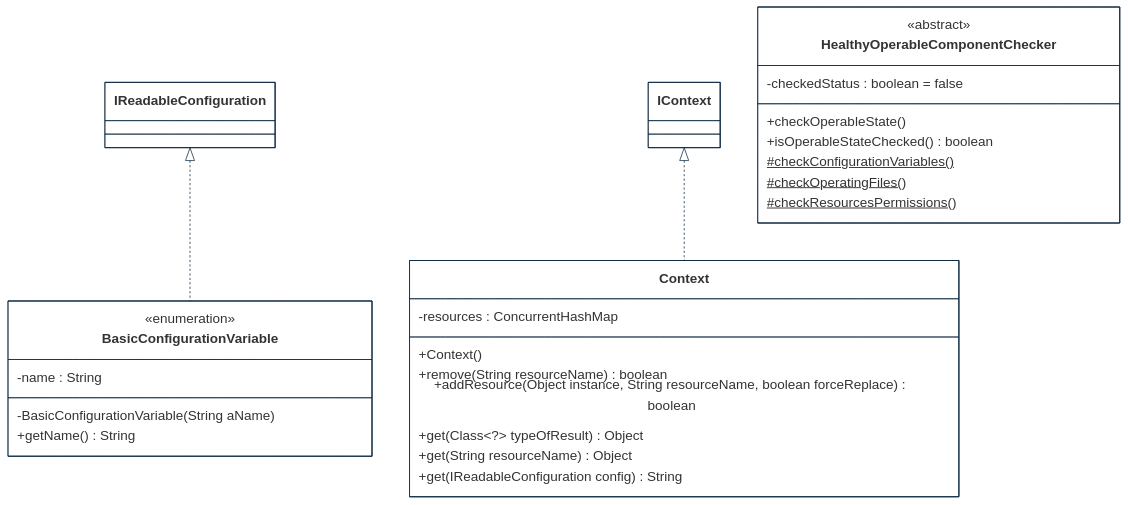
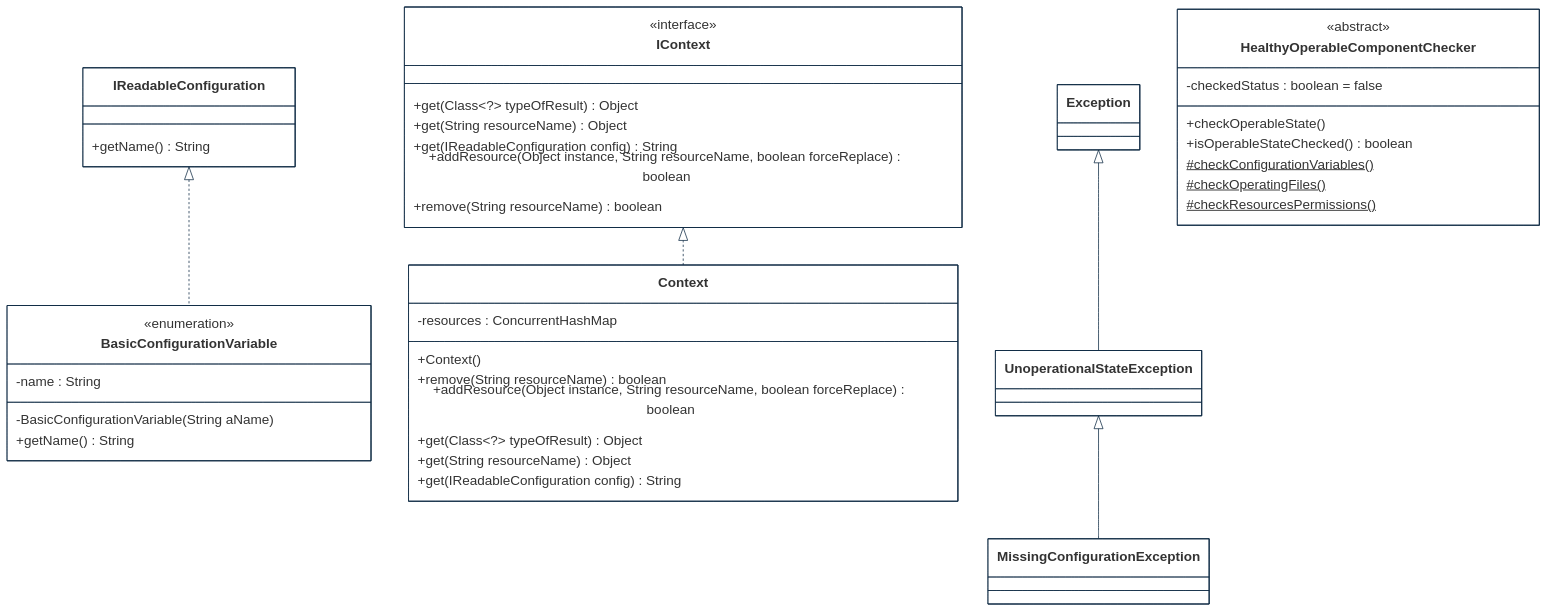
The diagram in implementations-line/framework/immutable/designview-structure-models.md (cybnity/foundation), drawn with Mermaid before and after one commit. The commit also changed other lines of this file, not shown here.

````diff
--- a/implementations-line/framework/immutable/designview-structure-models.md
+++ b/implementations-line/framework/immutable/designview-structure-models.md
@@ -21,47 +26,60 @@
 ```mermaid
 %%{
   init: {
     'theme': 'base',
     'themeVariables': {
         'background': '#ffffff',
         'fontFamily': 'arial',
         'fontSize': '18px',
         'primaryColor': '#fff',
         'primaryBorderColor': '#0e2a43',
         'secondaryBorderColor': '#0e2a43',
         'tertiaryBorderColor': '#0e2a43',
         'edgeLabelBackground':'#0e2a43',
         'lineColor': '#0e2a43',
         'tertiaryColor': '#fff'
     }
   }
 }%%
 classDiagram
     IReadableConfiguration <|.. BasicConfigurationVariable
     IContext <|.. Context
+    UnoperationalStateException <|-- MissingConfigurationException
+    Exception <|-- UnoperationalStateException
 
+    class IContext {
+        <<interface>>
+        +get(Class~?~ typeOfResult) Object
+        +get(String resourceName) Object
+        +get(IReadableConfiguration config) String
+        +addResource(Object instance, String resourceName, boolean forceReplace) boolean
+        +remove(String resourceName) boolean
+    }
     class Context {
         -resources : ConcurrentHashMap
         +Context()
         +remove(String resourceName) boolean
         +addResource(Object instance, String resourceName, boolean forceReplace) boolean
         +get(Class~?~ typeOfResult) Object
         +get(String resourceName) Object
         +get(IReadableConfiguration config) String
     }
     class BasicConfigurationVariable {
         <<enumeration>>
         -name : String
         -BasicConfigurationVariable(String aName)
         +getName() String
     }
     class HealthyOperableComponentChecker {
         <<abstract>>
         -checkedStatus : boolean = false
         +checkOperableState()
         +isOperableStateChecked() boolean
         #checkConfigurationVariables()$
         #checkOperatingFiles()$
         #checkResourcesPermissions()$
     }
+    class IReadableConfiguration {
+        +getName() String
+    }
 ```
````
